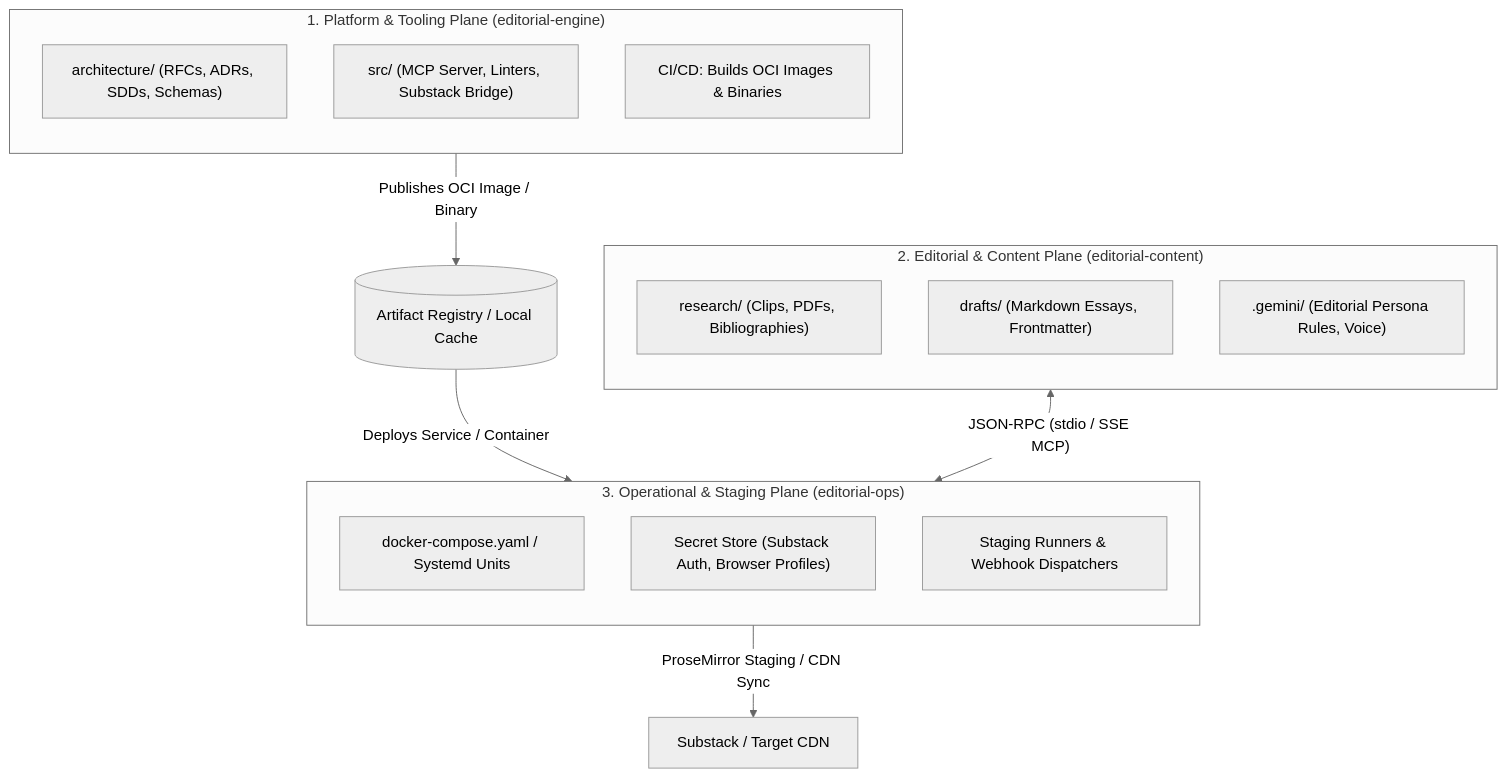
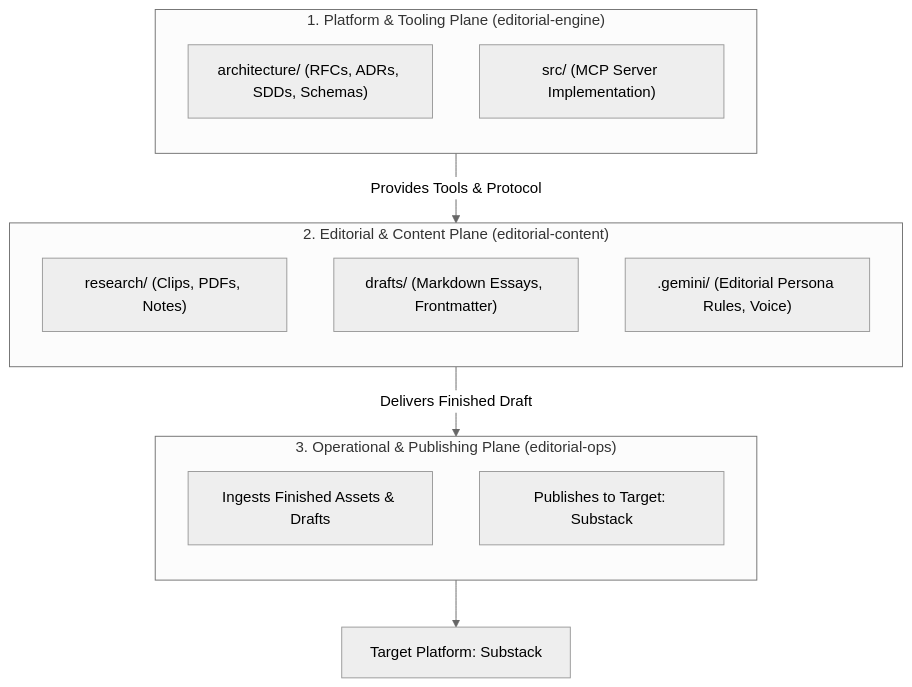
One commit to mnaatjes/editorial-engine changed the first of 2 diagrams in architecture/rfcs/0001_multi_plane_repository_topology.md. Above: the diagram before and after it, drawn with Mermaid (neutral theme). The commit also changed other lines of this file, not shown here.

Commit message:
docs(rfc): simplify overview diagram, stages, alternatives, and roadmap in RFC 0001

````diff
--- a/architecture/rfcs/0001_multi_plane_repository_topology.md
+++ b/architecture/rfcs/0001_multi_plane_repository_topology.md
@@ -21,28 +21,25 @@
 ```mermaid
 flowchart TD
     subgraph EnginePlane["1. Platform & Tooling Plane (editorial-engine)"]
         direction TB
         Arch["architecture/ (RFCs, ADRs, SDDs, Schemas)"]
-        MCPSrc["src/ (MCP Server, Linters, Substack Bridge)"]
-        CI["CI/CD: Builds OCI Images & Binaries"]
+        MCPSrc["src/ (MCP Server Implementation)"]
     end
 
     subgraph ContentPlane["2. Editorial & Content Plane (editorial-content)"]
         direction TB
-        Research["research/ (Clips, PDFs, Bibliographies)"]
+        Research["research/ (Clips, PDFs, Notes)"]
         Drafts["drafts/ (Markdown Essays, Frontmatter)"]
         WProfile[".gemini/ (Editorial Persona Rules, Voice)"]
     end
 
-    subgraph OpsPlane["3. Operational & Staging Plane (editorial-ops)"]
+    subgraph OpsPlane["3. Operational & Publishing Plane (editorial-ops)"]
         direction TB
-        Compose["docker-compose.yaml / Systemd Units"]
-        Secrets["Secret Store (Substack Auth, Browser Profiles)"]
-        Runners["Staging Runners & Webhook Dispatchers"]
+        Collector["Ingests Finished Assets & Drafts"]
+        Publisher["Publishes to Target: Substack"]
     end
 
-    EnginePlane -- "Publishes OCI Image / Binary" --> Artifacts[("Artifact Registry / Local Cache")]
-    Artifacts -- "Deploys Service / Container" --> OpsPlane
-    ContentPlane <-- "JSON-RPC (stdio / SSE MCP)" --> OpsPlane
-    OpsPlane -- "ProseMirror Staging / CDN Sync" --> Substack["Substack / Target CDN"]
+    EnginePlane -- "Provides Tools & Protocol" --> ContentPlane
+    ContentPlane -- "Delivers Finished Draft" --> OpsPlane
+    OpsPlane --> Substack["Target Platform: Substack"]
 ```
````
